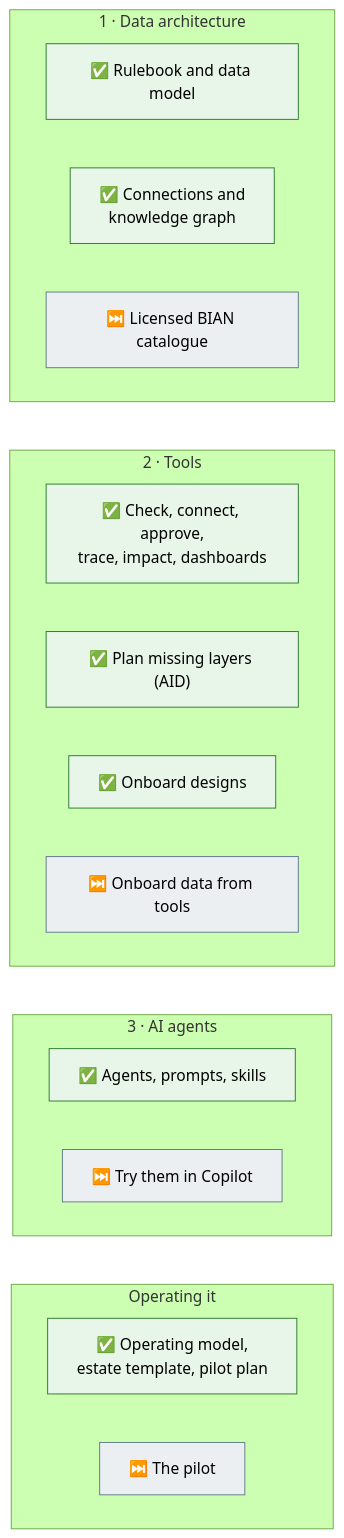
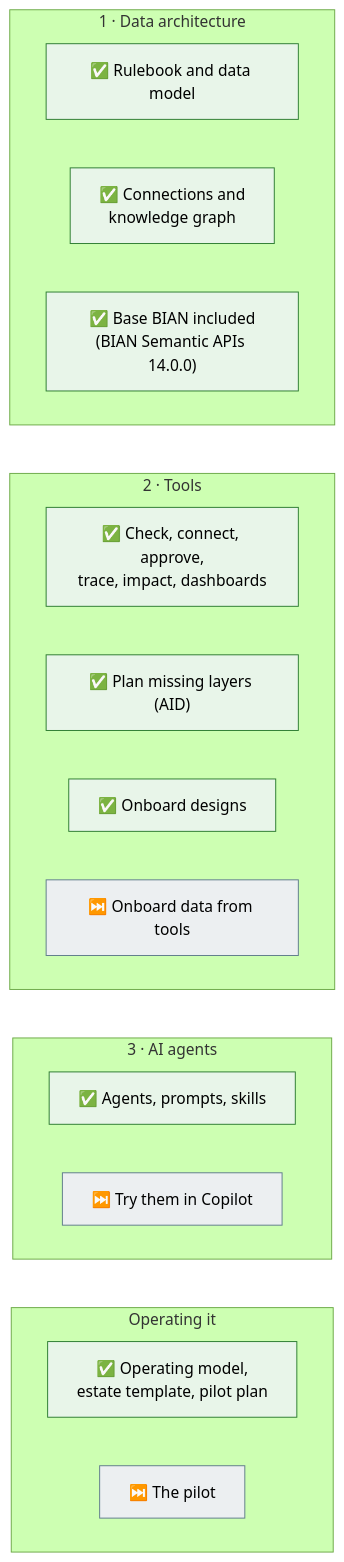
The eighth of 9 diagrams in README.md (taumoeps/bian-sdem-framework), drawn with Mermaid (forest theme) before and after one commit. The commit also changed 20 other files, not shown here.

````diff
--- a/README.md
+++ b/README.md
@@ -155,31 +155,31 @@
 ```mermaid
 flowchart TB
     subgraph B1["1 · Data architecture"]
         direction LR
         d1["✅ Rulebook and data model"]
         d2["✅ Connections and<br/>knowledge graph"]
-        d3["⏭️ Licensed BIAN catalogue"]
+        d3["✅ Base BIAN included<br/>(BIAN Semantic APIs 14.0.0)"]
     end
     subgraph B2["2 · Tools"]
         direction LR
         t1["✅ Check, connect, approve,<br/>trace, impact, dashboards"]
         t2["✅ Plan missing layers (AID)"]
         t3["✅ Onboard designs"]
         t4["⏭️ Onboard data from tools"]
     end
     subgraph B3["3 · AI agents"]
         direction LR
         a1["✅ Agents, prompts, skills"]
         a2["⏭️ Try them in Copilot"]
     end
     subgraph B4["Operating it"]
         direction LR
         o1["✅ Operating model,<br/>estate template, pilot plan"]
         o2["⏭️ The pilot"]
     end
     B1 ~~~ B2 ~~~ B3 ~~~ B4
     classDef b fill:#E8F5E9,stroke:#2E7D32
     classDef n fill:#ECEFF1,stroke:#607D8B
-    class d1,d2,t1,t2,t3,a1,o1 b
-    class d3,t4,a2,o2 n
+    class d1,d2,d3,t1,t2,t3,a1,o1 b
+    class t4,a2,o2 n
 ```
````
